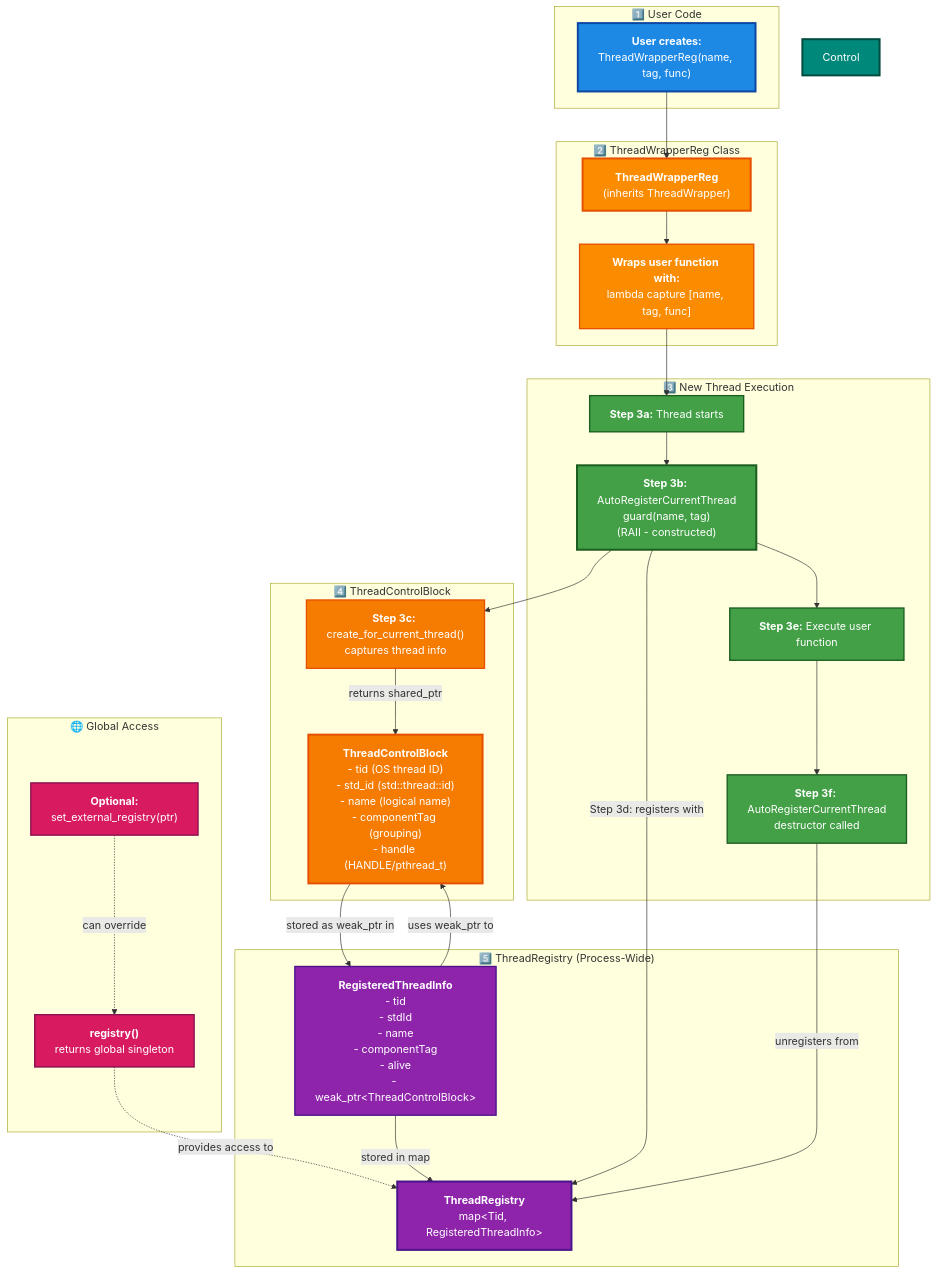
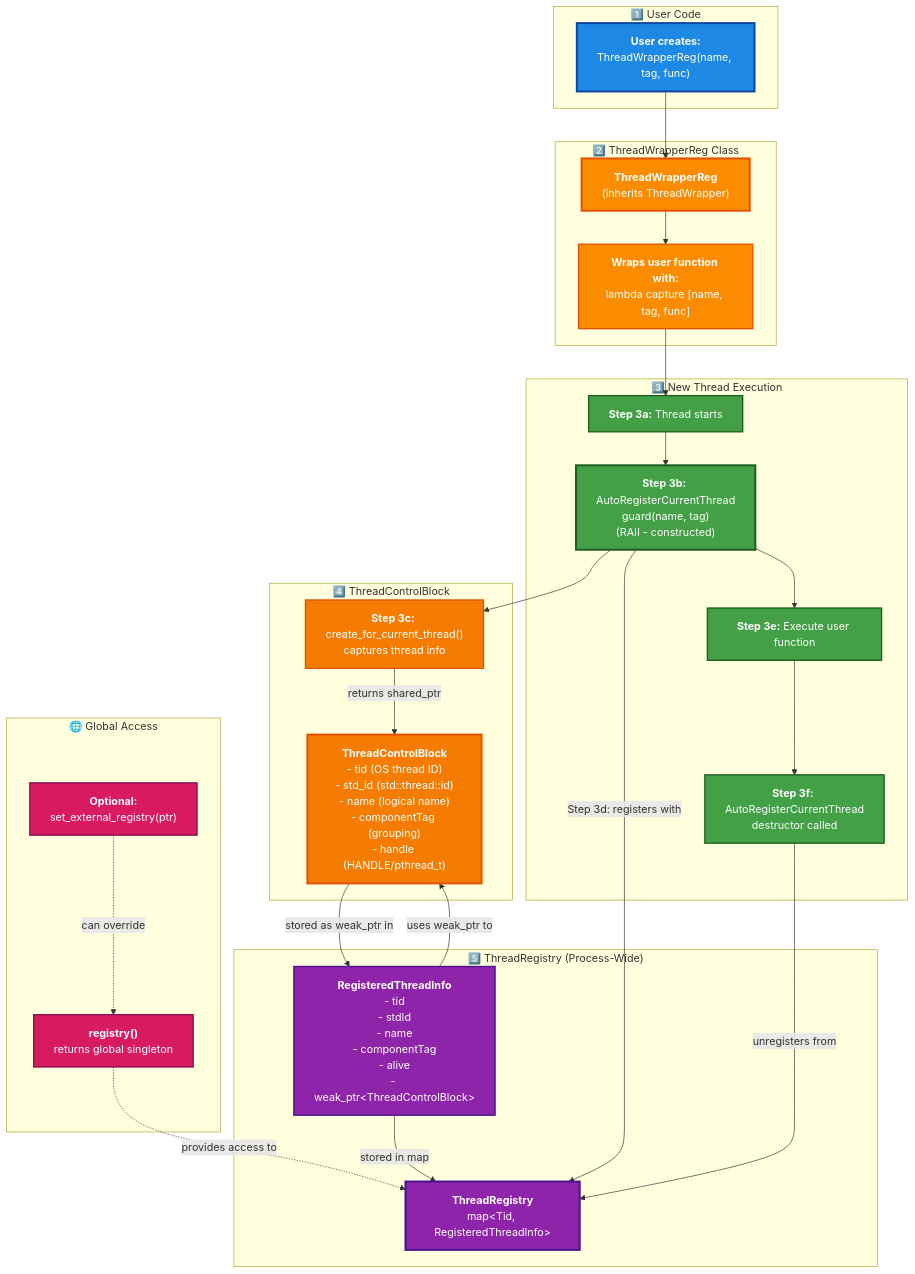
The diagram in docs/REGISTRY.md (Katze719/ThreadSchedule), drawn with Mermaid before and after one commit.

Commit message:
Remove Control style from REGISTRY.md

````diff
--- a/docs/REGISTRY.md
+++ b/docs/REGISTRY.md
@@ -20,66 +20,65 @@
 ```mermaid
 graph TB
     subgraph "1️⃣ User Code"
         User["<b>User creates:</b><br/>ThreadWrapperReg(name, tag, func)"]
     end
     
     subgraph "2️⃣ ThreadWrapperReg Class"
         TWR["<b>ThreadWrapperReg</b><br/>(inherits ThreadWrapper)"]
         Lambda["<b>Wraps user function with:</b><br/>lambda capture [name, tag, func]"]
     end
     
     subgraph "3️⃣ New Thread Execution"
         Start["<b>Step 3a:</b> Thread starts"]
         Guard["<b>Step 3b:</b> AutoRegisterCurrentThread<br/>guard(name, tag)<br/>(RAII - constructed)"]
         Exec["<b>Step 3e:</b> Execute user function"]
         Cleanup["<b>Step 3f:</b> AutoRegisterCurrentThread<br/>destructor called"]
     end
     
     subgraph "4️⃣ ThreadControlBlock"
         Create["<b>Step 3c:</b> create_for_current_thread()<br/>captures thread info"]
         TCB["<b>ThreadControlBlock</b><br/>- tid (OS thread ID)<br/>- std_id (std::thread::id)<br/>- name (logical name)<br/>- componentTag (grouping)<br/>- handle (HANDLE/pthread_t)"]
     end
     
     subgraph "5️⃣ ThreadRegistry (Process-Wide)"
         Registry["<b>ThreadRegistry</b><br/>map&lt;Tid, RegisteredThreadInfo&gt;"]
         RegInfo["<b>RegisteredThreadInfo</b><br/>- tid<br/>- stdId<br/>- name<br/>- componentTag<br/>- alive<br/>- weak_ptr&lt;ThreadControlBlock&gt;"]
     end
     
     subgraph "🌐 Global Access"
         GlobalReg["<b>registry()</b><br/>returns global singleton"]
         ExtReg["<b>Optional:</b><br/>set_external_registry(ptr)"]
     end
     
     User --> TWR
     TWR --> Lambda
     Lambda --> Start
     Start --> Guard
     Guard --> Create
     Create -->|returns shared_ptr| TCB
     Guard -->|Step 3d: registers with| Registry
     TCB -->|stored as weak_ptr in| RegInfo
     RegInfo -->|stored in map| Registry
     Guard --> Exec
     Exec --> Cleanup
     Cleanup -->|unregisters from| Registry
     
     GlobalReg -.->|provides access to| Registry
     ExtReg -.->|can override| GlobalReg
     
     RegInfo -->|uses weak_ptr to| TCB
     
     style User fill:#1e88e5,stroke:#0d47a1,stroke-width:3px,color:#fff
     style TWR fill:#fb8c00,stroke:#e65100,stroke-width:3px,color:#fff
     style Lambda fill:#fb8c00,stroke:#e65100,stroke-width:2px,color:#fff
     style Start fill:#43a047,stroke:#1b5e20,stroke-width:2px,color:#fff
     style Guard fill:#43a047,stroke:#1b5e20,stroke-width:3px,color:#fff
     style Exec fill:#43a047,stroke:#1b5e20,stroke-width:2px,color:#fff
     style Cleanup fill:#43a047,stroke:#1b5e20,stroke-width:2px,color:#fff
     style Create fill:#f57c00,stroke:#e65100,stroke-width:2px,color:#fff
     style TCB fill:#f57c00,stroke:#e65100,stroke-width:3px,color:#fff
     style Registry fill:#8e24aa,stroke:#4a148c,stroke-width:3px,color:#fff
     style RegInfo fill:#8e24aa,stroke:#4a148c,stroke-width:2px,color:#fff
-    style Control fill:#00897b,stroke:#004d40,stroke-width:3px,color:#fff
     style GlobalReg fill:#d81b60,stroke:#880e4f,stroke-width:2px,color:#fff
     style ExtReg fill:#d81b60,stroke:#880e4f,stroke-width:2px,color:#fff
 ```
````
